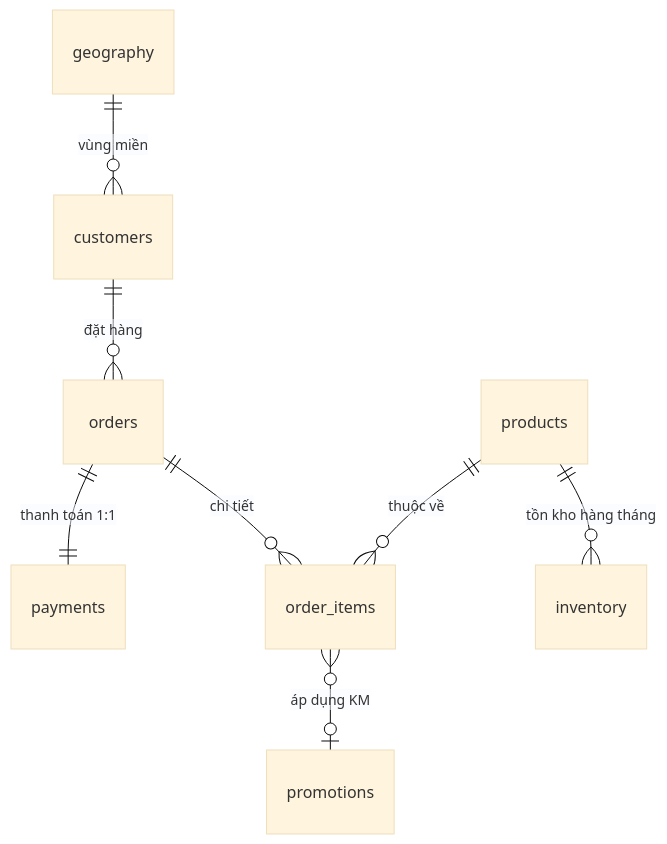
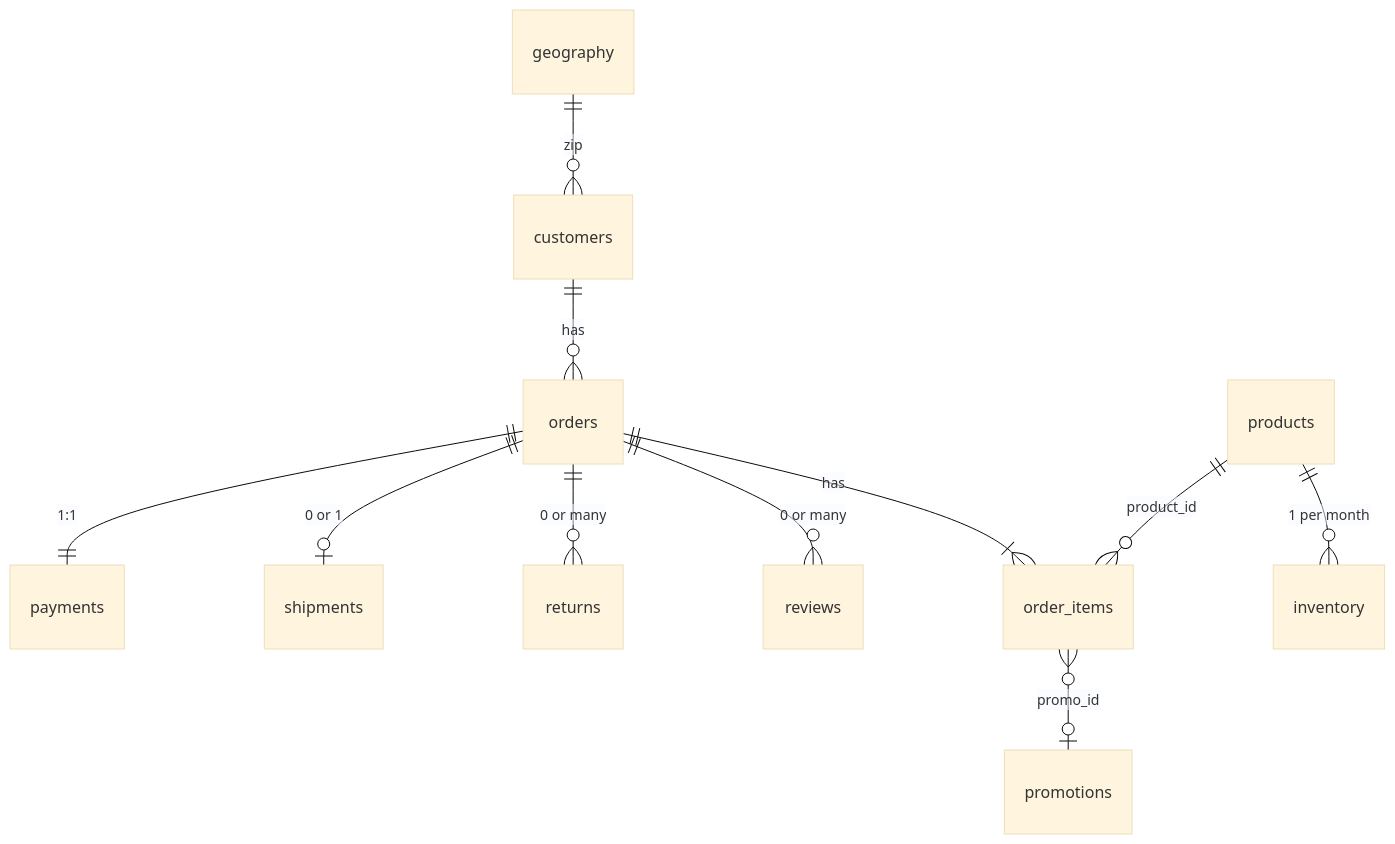
The diagram in README.md (tuantranhoccode/4_sheeps), drawn with Mermaid (base theme) before and after one commit. The commit also changed other lines of this file and 1 other file, not shown here.

````diff
--- a/README.md
+++ b/README.md
@@ -44,10 +41,13 @@
 ```mermaid
 erDiagram
-    customers ||--o{ orders : "đặt hàng"
-    orders ||--|| payments : "thanh toán 1:1"
-    orders ||--o{ order_items : "chi tiết"
-    products ||--o{ order_items : "thuộc về"
-    order_items }o--o| promotions : "áp dụng KM"
-    products ||--o{ inventory : "tồn kho hàng tháng"
-    geography ||--o{ customers : "vùng miền"
+    customers ||--o{ orders : "has"
+    orders ||--|| payments : "1:1"
+    orders ||--o| shipments : "0 or 1"
+    orders ||--o{ returns : "0 or many"
+    orders ||--o{ reviews : "0 or many"
+    orders ||--|{ order_items : "has"
+    products ||--o{ order_items : "product_id"
+    products ||--o{ inventory : "1 per month"
+    geography ||--o{ customers : "zip"
+    order_items }o--o| promotions : "promo_id"
 ```
````
